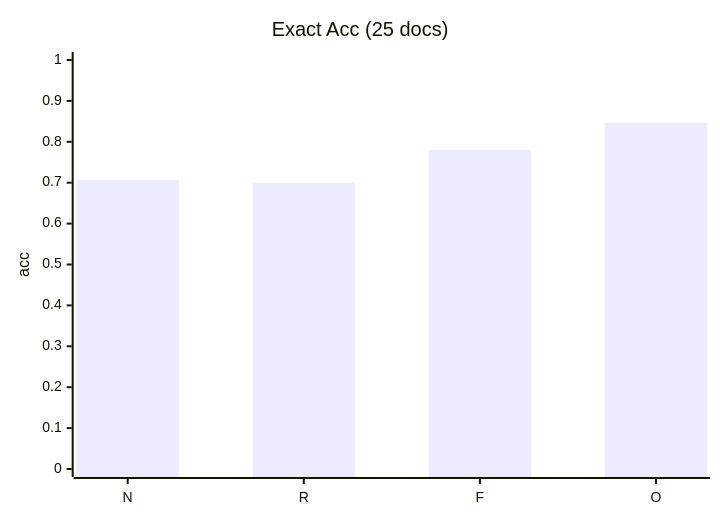
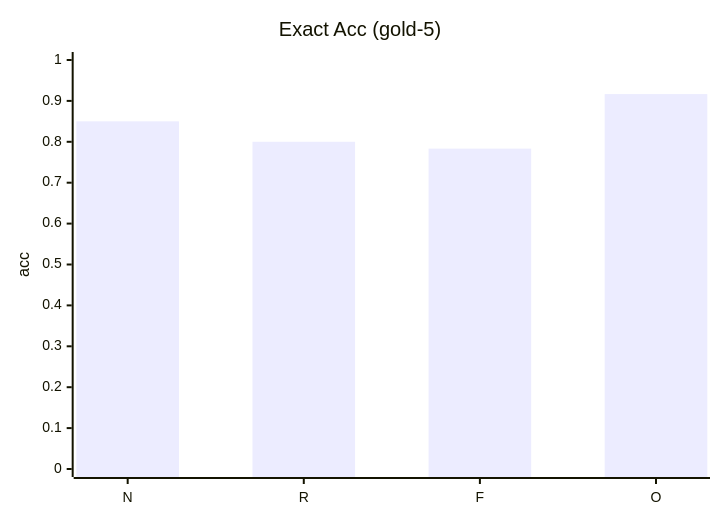
Before and after one commit to 616xold/contractFlow: the second of 3 diagrams in README.md, drawn with Mermaid. The commit also changed other lines of this file and 71 other files, not shown here.

````diff
--- a/README.md
+++ b/README.md
@@ -65,7 +70,7 @@
 ```mermaid
 xychart-beta
-    title "Exact Acc (25 docs)"
+    title "Exact Acc (gold-5)"
     x-axis ["N", "R", "F", "O"]
     y-axis "acc" 0 --> 1
-    bar [0.7067, 0.7000, 0.7800, 0.8467]
+    bar [0.85, 0.8, 0.7833, 0.9167]
 ```
````
